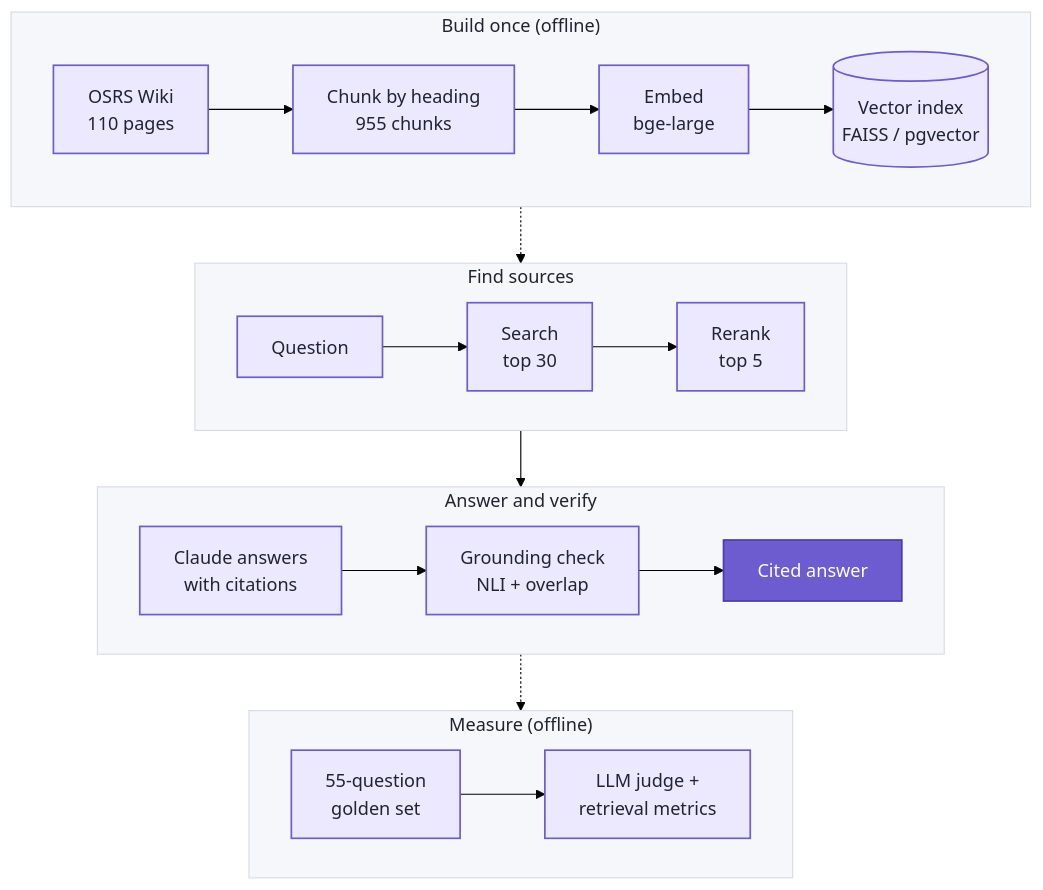
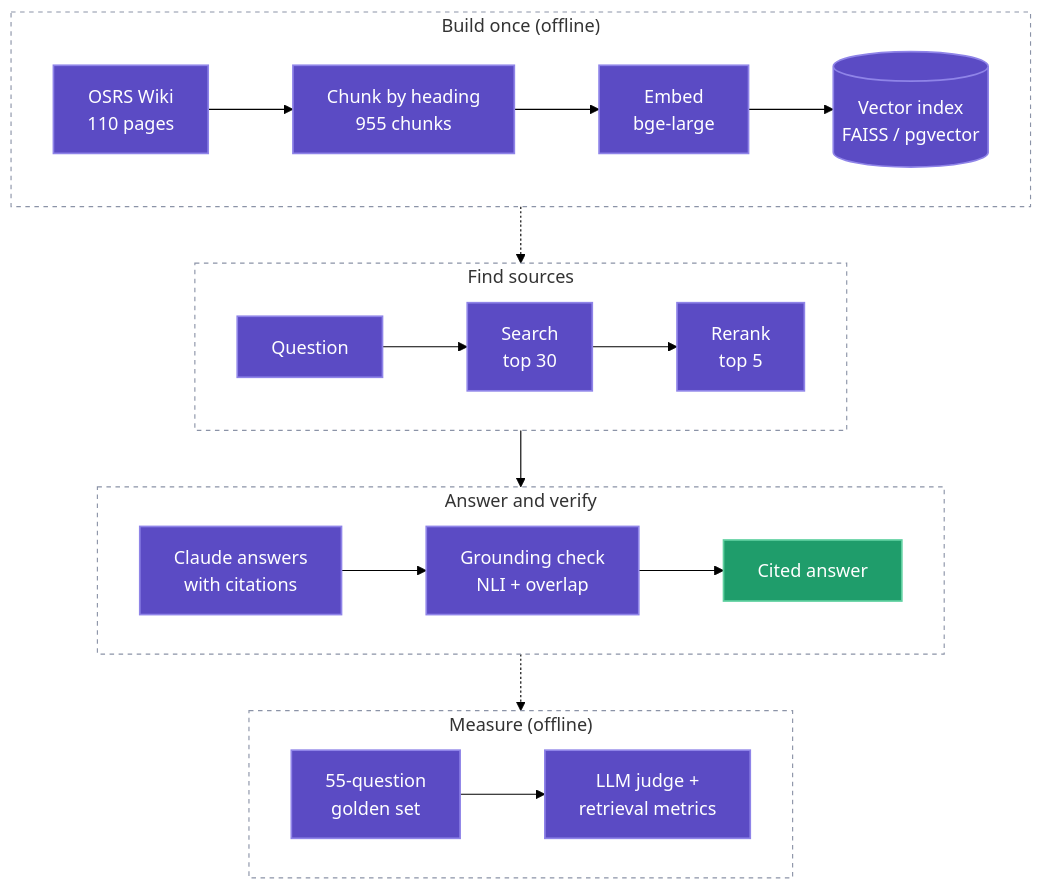
The diagram in README.md (lofeodo/rag-with-receipts), drawn with Mermaid (forest theme) before and after one commit.

Commit message:
docs(readme): make pipeline diagram theme-neutral for dark mode
Lane boxes are transparent with a dashed outline and no forced text
color; nodes use a mid-tone fill with white text. Checked in both
light and dark Mermaid themes.

````diff
--- a/README.md
+++ b/README.md
@@ -51,31 +51,31 @@
 ```mermaid
 flowchart TB
     subgraph BUILD["Build once (offline)"]
         direction LR
         W["OSRS Wiki<br/>110 pages"] --> C["Chunk by heading<br/>955 chunks"] --> E["Embed<br/>bge-large"] --> V[("Vector index<br/>FAISS / pgvector")]
     end
     subgraph FIND["Find sources"]
         direction LR
         Q["Question"] --> S["Search<br/>top 30"] --> R["Rerank<br/>top 5"]
     end
     subgraph ANSWER["Answer and verify"]
         direction LR
         G["Claude answers<br/>with citations"] --> K["Grounding check<br/>NLI + overlap"] --> A["Cited answer"]
     end
     subgraph MEASURE["Measure (offline)"]
         direction LR
         D["55-question<br/>golden set"] --> J["LLM judge +<br/>retrieval metrics"]
     end
     BUILD -.-> FIND
     FIND --> ANSWER
     ANSWER -.-> MEASURE
 
-    classDef node fill:#ece9ff,stroke:#6d5bd0,color:#1f2430,stroke-width:1.5px
-    classDef key fill:#6d5bd0,stroke:#4b3bb0,color:#ffffff,stroke-width:1.5px
+    classDef node fill:#5b4bc4,stroke:#8f84e8,color:#ffffff,stroke-width:1.5px
+    classDef key fill:#1f9d6b,stroke:#5fd0a0,color:#ffffff,stroke-width:1.5px
     class W,C,E,V,Q,S,R,G,K,D,J node
     class A key
-    style BUILD fill:#f6f7fb,stroke:#d7dbe6,color:#1f2430
-    style FIND fill:#f6f7fb,stroke:#d7dbe6,color:#1f2430
-    style ANSWER fill:#f6f7fb,stroke:#d7dbe6,color:#1f2430
-    style MEASURE fill:#f6f7fb,stroke:#d7dbe6,color:#1f2430
+    style BUILD fill:transparent,stroke:#8b93a7,stroke-dasharray:4 4
+    style FIND fill:transparent,stroke:#8b93a7,stroke-dasharray:4 4
+    style ANSWER fill:transparent,stroke:#8b93a7,stroke-dasharray:4 4
+    style MEASURE fill:transparent,stroke:#8b93a7,stroke-dasharray:4 4
 ```
````
